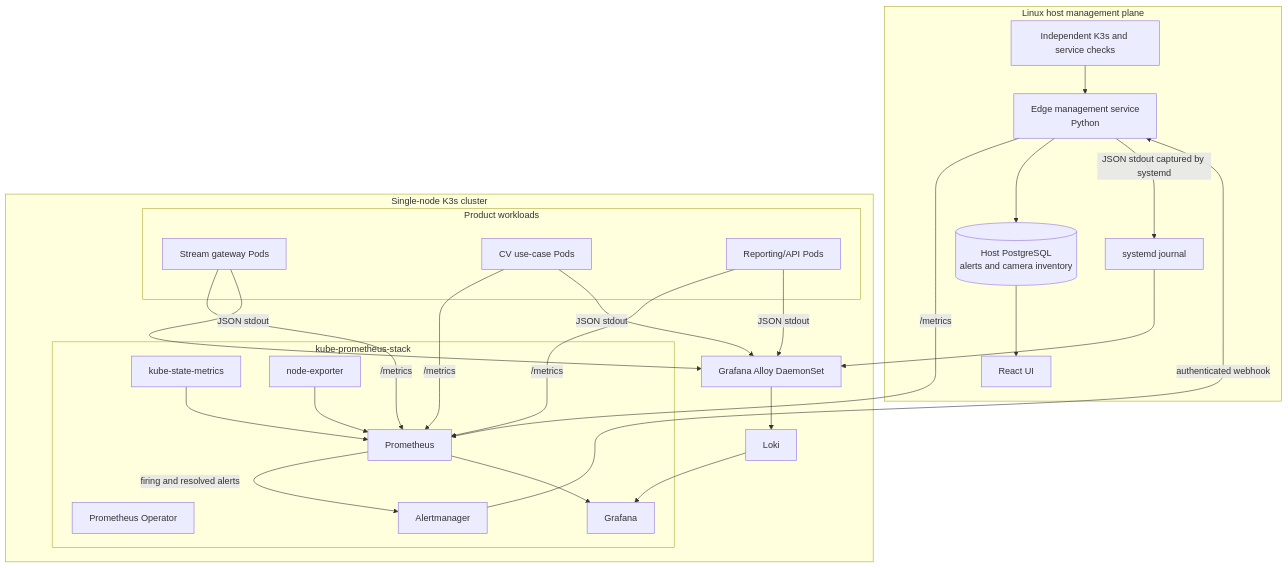
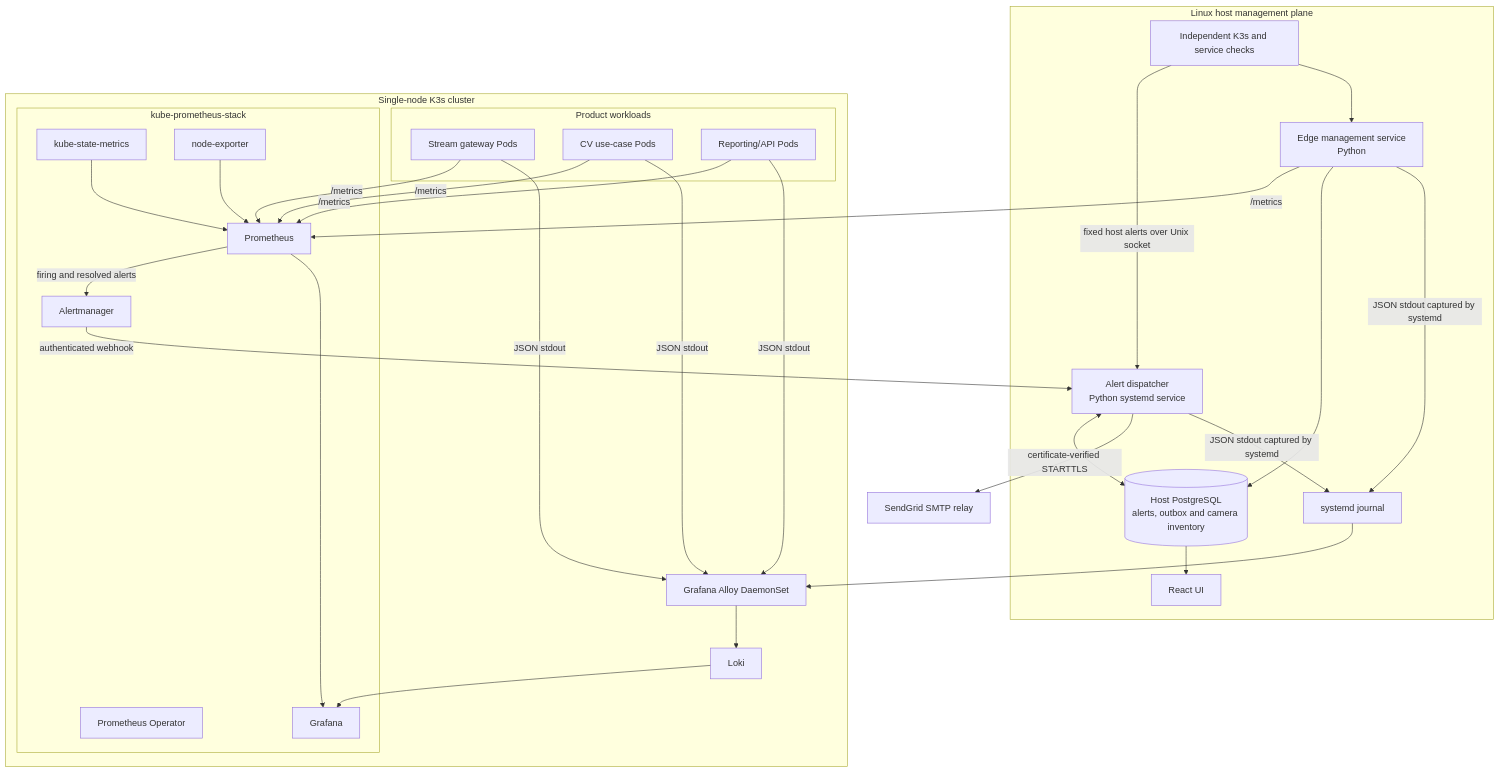
Before and after one commit to sayandip-apexflo/tvt-prototype: the diagram in MONITORING.md, drawn with Mermaid. The commit also changed other lines of this file and 2 other files, not shown here.

Commit message:
observability alert email

````diff
--- a/MONITORING.md
+++ b/MONITORING.md
@@ -76,52 +82,59 @@
 ```mermaid
 flowchart TB
     subgraph Host[Linux host management plane]
         Edge[Edge management service<br/>Python]
+        Dispatcher[Alert dispatcher<br/>Python systemd service]
         Journal[systemd journal]
-        DB[(Host PostgreSQL<br/>alerts and camera inventory)]
+        DB[(Host PostgreSQL<br/>alerts, outbox and camera inventory)]
         UI[React UI]
         HostCheck[Independent K3s and service checks]
     end
+
+    SendGrid[SendGrid SMTP relay]
 
     subgraph K3s[Single-node K3s cluster]
         subgraph Apps[Product workloads]
             Gateway[Stream gateway Pods]
             CV[CV use-case Pods]
             Reporting[Reporting/API Pods]
         end
 
         subgraph KPS[kube-prometheus-stack]
             Operator[Prometheus Operator]
             Prom[Prometheus]
             AM[Alertmanager]
             Grafana[Grafana]
             KSM[kube-state-metrics]
             NodeExporter[node-exporter]
         end
 
         Alloy[Grafana Alloy DaemonSet]
         Loki[Loki]
     end
 
     Edge -->|/metrics| Prom
     Gateway -->|/metrics| Prom
     CV -->|/metrics| Prom
     Reporting -->|/metrics| Prom
     KSM --> Prom
     NodeExporter --> Prom
     Prom -->|firing and resolved alerts| AM
-    AM -->|authenticated webhook| Edge
+    AM -->|authenticated webhook| Dispatcher
+    HostCheck -->|fixed host alerts over Unix socket| Dispatcher
+    Dispatcher <--> DB
+    Dispatcher -->|certificate-verified STARTTLS| SendGrid
     Edge --> DB
     DB --> UI
     Prom --> Grafana
 
     Gateway -->|JSON stdout| Alloy
     CV -->|JSON stdout| Alloy
     Reporting -->|JSON stdout| Alloy
     Edge -->|JSON stdout captured by systemd| Journal
+    Dispatcher -->|JSON stdout captured by systemd| Journal
     Journal --> Alloy
     Alloy --> Loki
     Loki --> Grafana
 
     HostCheck --> Edge
 ```
````
